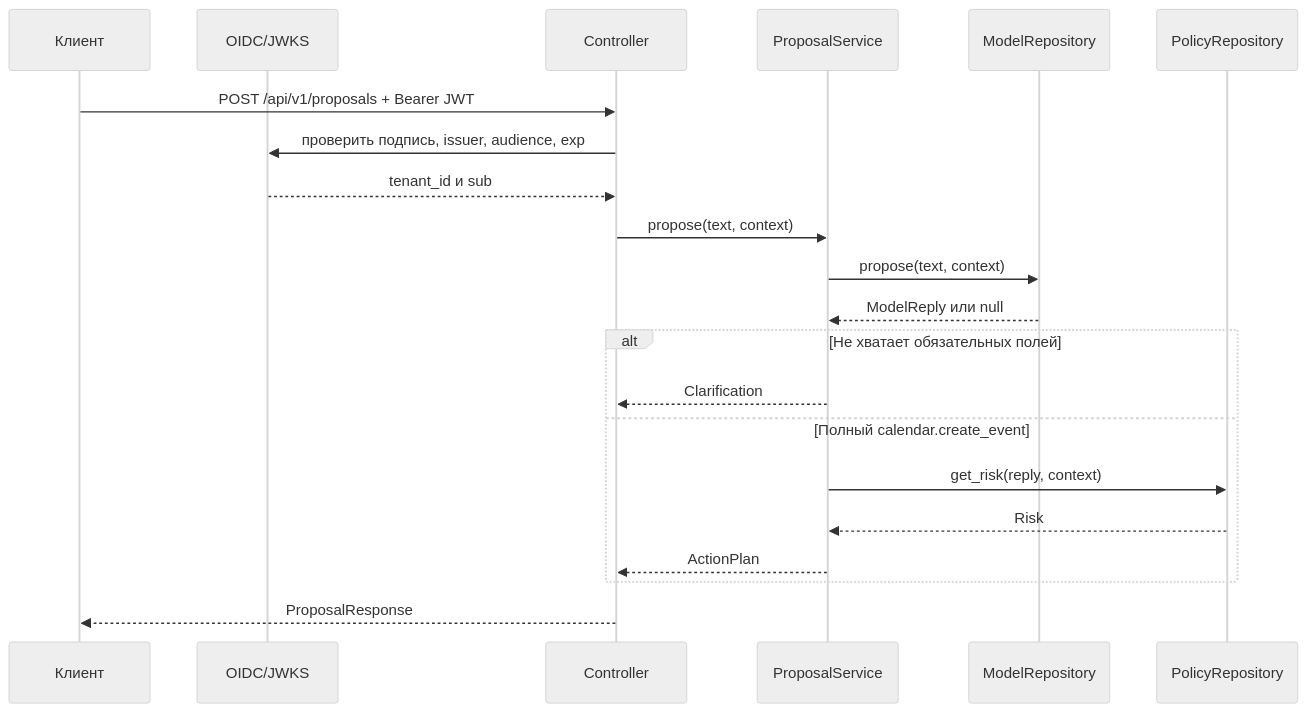
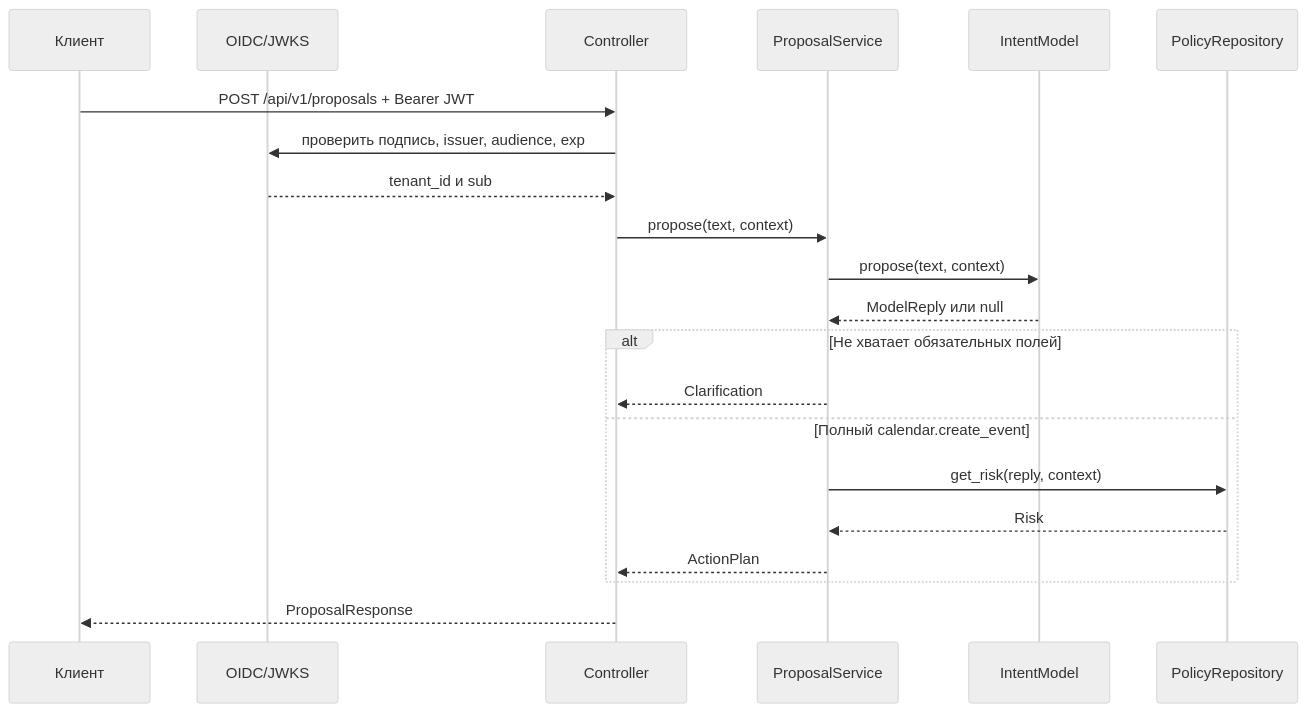
Before and after one commit to portable-agent/agent-runtime: the diagram in docs/architecture.md, drawn with Mermaid (neutral theme). The commit also changed 6 other files, not shown here.

Commit message:
refactor: define intent model port (#12)

````diff
--- a/docs/architecture.md
+++ b/docs/architecture.md
@@ -5,24 +5,24 @@
 ```mermaid
 sequenceDiagram
     participant Client as Клиент
     participant OIDC as OIDC/JWKS
     participant Controller as Controller
     participant Service as ProposalService
-    participant Model as ModelRepository
+    participant Model as IntentModel
     participant Policy as PolicyRepository
 
     Client->>Controller: POST /api/v1/proposals + Bearer JWT
     Controller->>OIDC: проверить подпись, issuer, audience, exp
     OIDC-->>Controller: tenant_id и sub
     Controller->>Service: propose(text, context)
     Service->>Model: propose(text, context)
     Model-->>Service: ModelReply или null
     alt Не хватает обязательных полей
         Service-->>Controller: Clarification
     else Полный calendar.create_event
         Service->>Policy: get_risk(reply, context)
         Policy-->>Service: Risk
         Service-->>Controller: ActionPlan
     end
     Controller-->>Client: ProposalResponse
 ```
````
